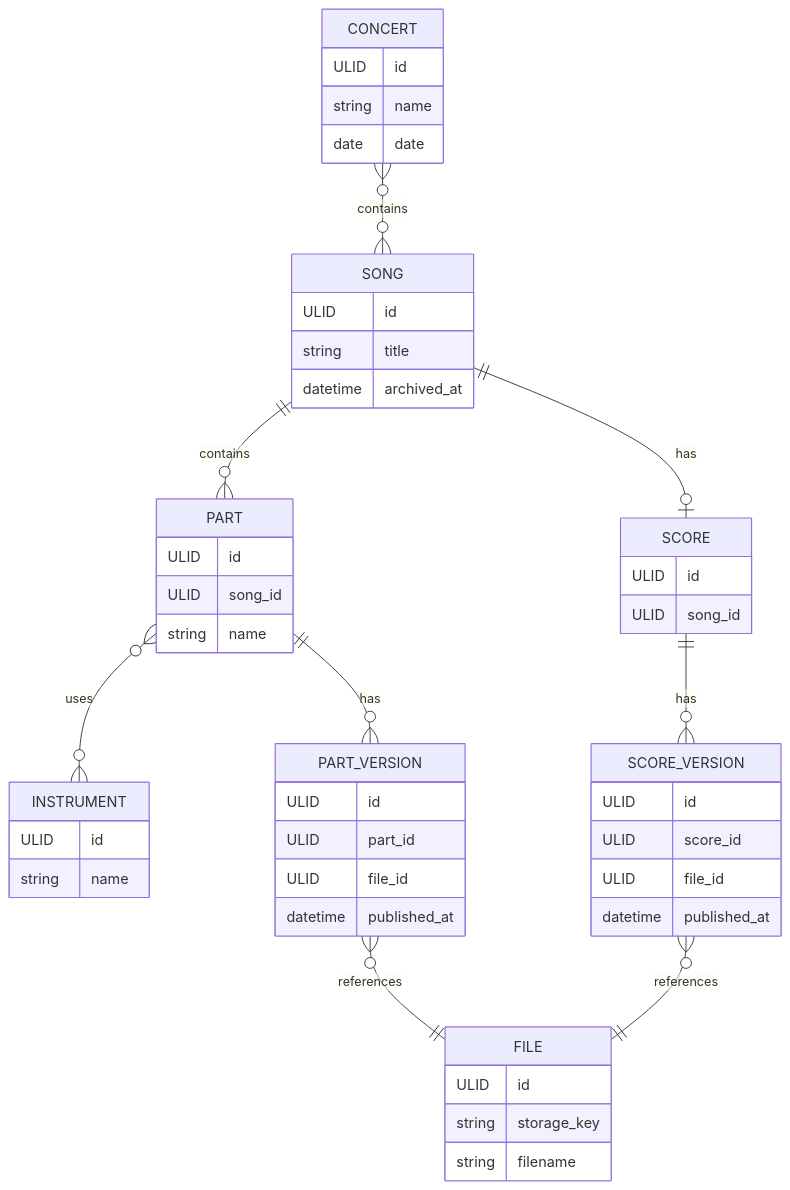
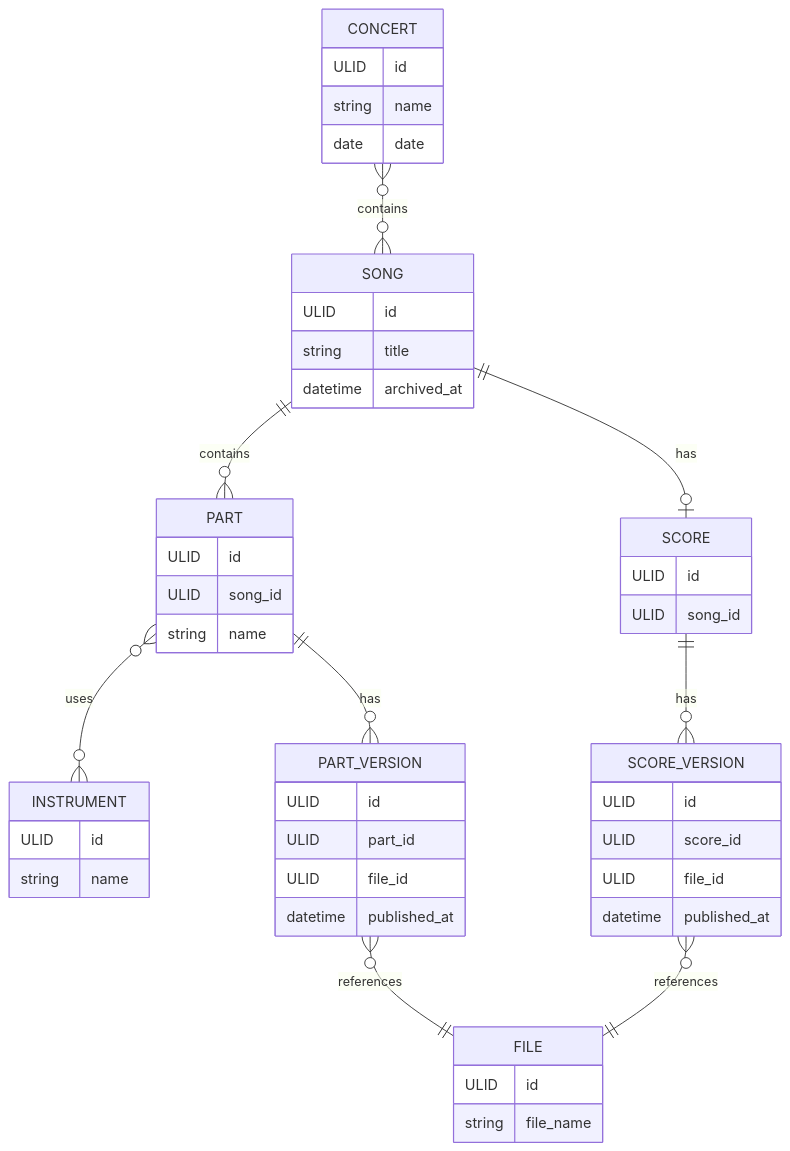
The diagram in docs/domain-model.md (erikdsp/notbibliotek), drawn with Mermaid before and after one commit. The commit also changed other lines of this file, not shown here.

Commit message:
docs: remove storage_key from domain model

````diff
--- a/docs/domain-model.md
+++ b/docs/domain-model.md
@@ -3,59 +3,58 @@
 ```mermaid
 erDiagram
     SONG ||--o| SCORE : has
     SONG ||--o{ PART : contains
     PART }o--o{ INSTRUMENT : uses
     PART ||--o{ PART_VERSION : has
     SCORE ||--o{ SCORE_VERSION : has
     PART_VERSION }o--|| FILE : references
     SCORE_VERSION }o--|| FILE : references
     CONCERT }o--o{ SONG : contains
 
     SONG {
         ULID id
         string title
         datetime archived_at
     }
 
     SCORE {
         ULID id
         ULID song_id
     }
 
     PART {
         ULID id
         ULID song_id
         string name
     }
 
     INSTRUMENT {
         ULID id
         string name
     }
 
     PART_VERSION {
         ULID id
         ULID part_id
         ULID file_id
         datetime published_at
     }
 
     SCORE_VERSION {
         ULID id
         ULID score_id
         ULID file_id
         datetime published_at
     }
 
     FILE {
         ULID id
-        string storage_key
-        string filename
+        string file_name
     }
 
     CONCERT {
         ULID id
         string name
         date date
     }
 ```
````
